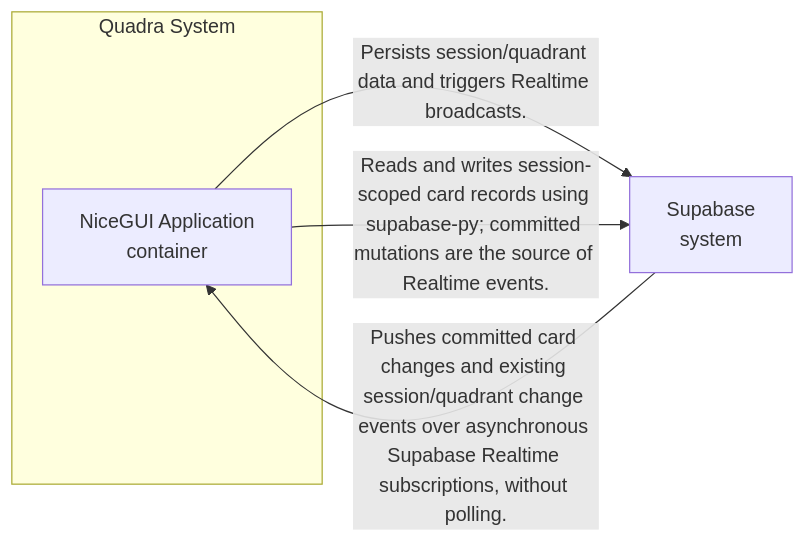
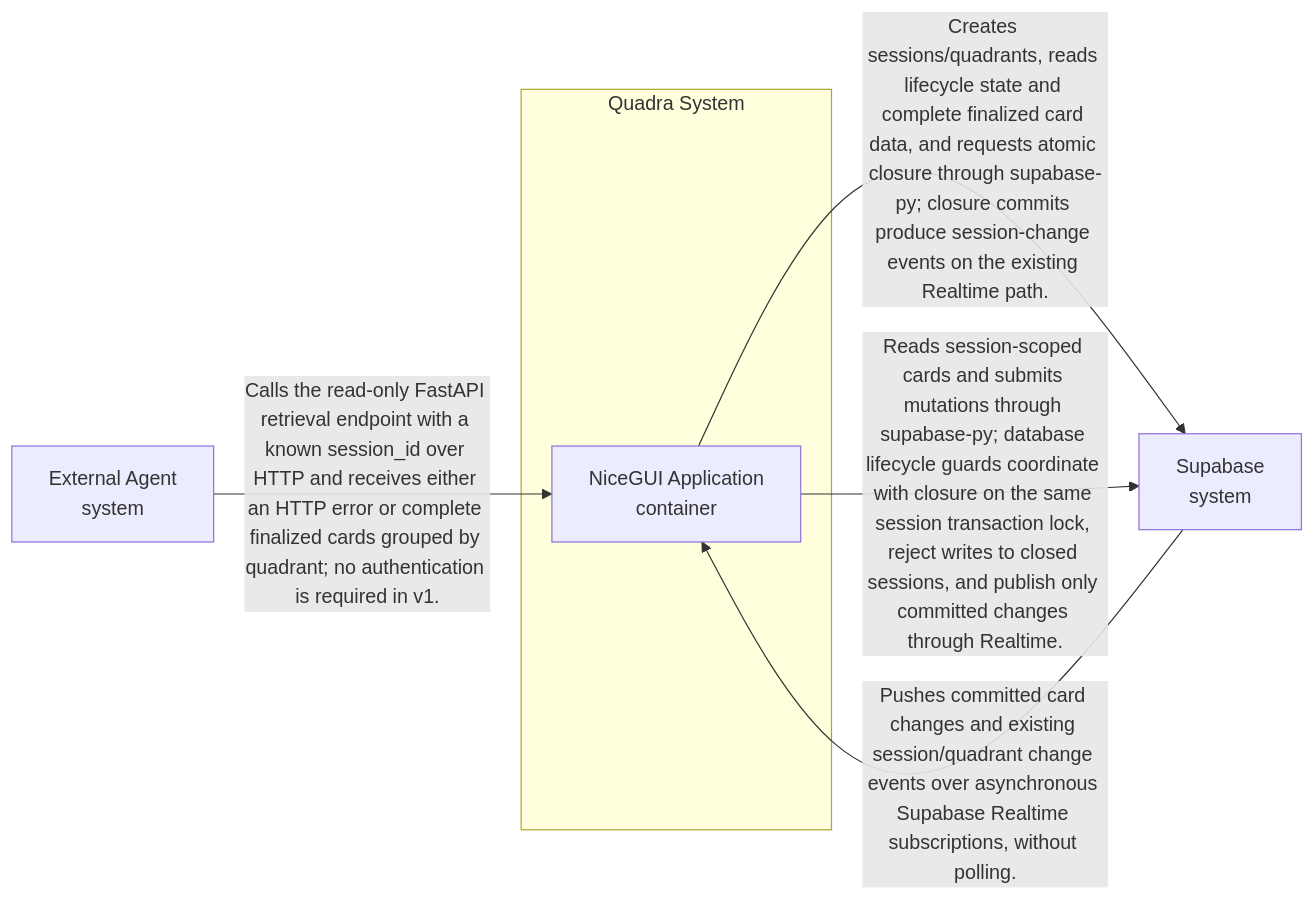
One commit to marsie-labs/quadra changed the second of 3 diagrams in docs/architecture.md. Above: the diagram before and after it, drawn with Mermaid. The commit also changed other lines of this file and 1 other file, not shown here.

Commit message:
docs(architecture): apply SPEC-0003 (workflow bb0a32d71ad74217a73344bd9aebe1cd)

````diff
--- a/docs/architecture.md
+++ b/docs/architecture.md
@@ -58,13 +60,15 @@
 ```mermaid
 flowchart LR
 classDef added fill:#c8f7c5,stroke:#2e7d32
 classDef changed fill:#fff3b0,stroke:#b59f00
 classDef removed fill:#f8c8c8,stroke:#c62828
 subgraph quadra_system["Quadra System"]
   quadra_app["NiceGUI Application<br/>container"]
 end
 supabase["Supabase<br/>system"]
-quadra_app -->|"Persists session/quadrant data and triggers Realtime broadcasts."| supabase
-quadra_app -->|"Reads and writes session-scoped card records using supabase-py; committed mutations are the source of Realtime events."| supabase
+external_agent["External Agent<br/>system"]
 supabase -->|"Pushes committed card changes and existing session/quadrant change events over asynchronous Supabase Realtime subscriptions, without polling."| quadra_app
+quadra_app -->|"Creates sessions/quadrants, reads lifecycle state and complete finalized card data, and requests atomic closure through supabase-py; closure commits produce session-change events on the existing Realtime path."| supabase
+quadra_app -->|"Reads session-scoped cards and submits mutations through supabase-py; database lifecycle guards coordinate with closure on the same session transaction lock, reject writes to closed sessions, and publish only committed changes through Realtime."| supabase
+external_agent -->|"Calls the read-only FastAPI retrieval endpoint with a known session_id over HTTP and receives either an HTTP error or complete finalized cards grouped by quadrant; no authentication is required in v1."| quadra_app
 ```
````
